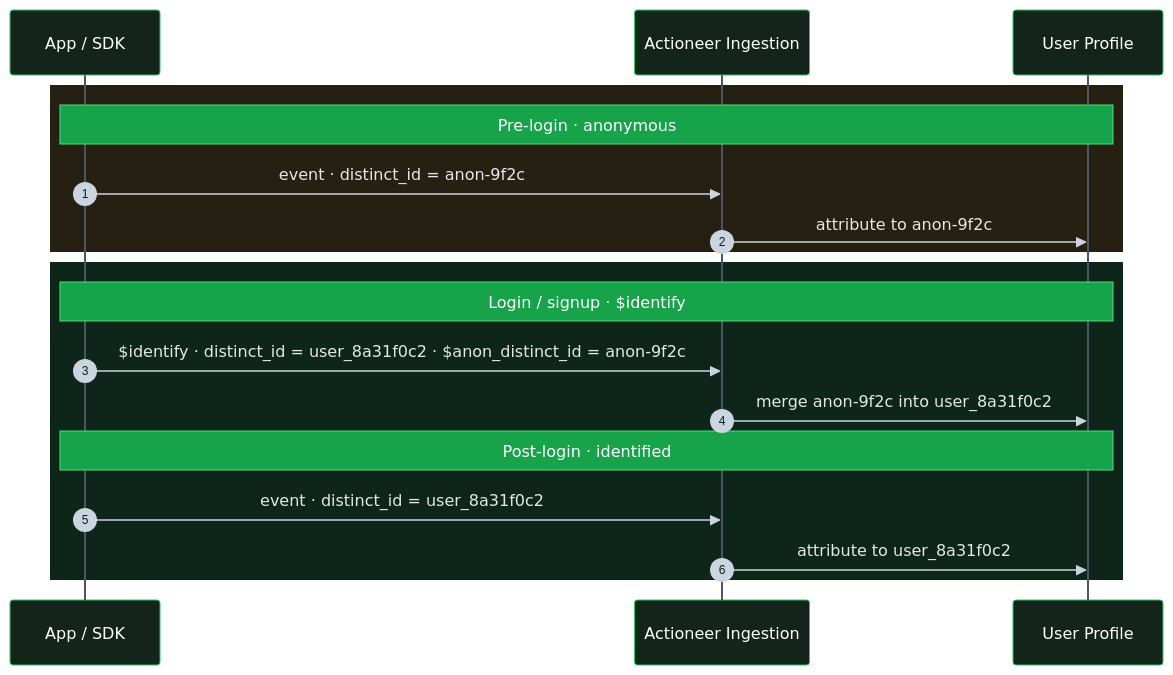
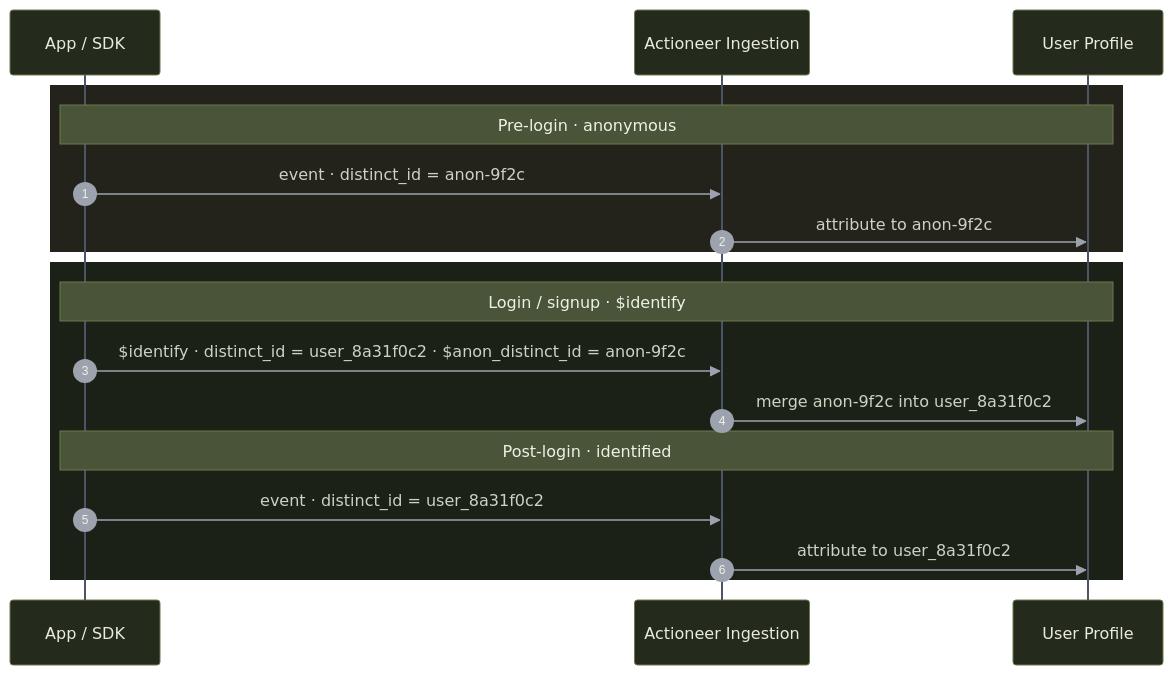
The diagram in ingestion/identity.mdx (Glitchcraft-Inc/mintlify-docs), drawn with Mermaid before and after one commit.

Commit message:
Tone down identity diagram to muted olive palette
Desaturate actors, notes, and lines toward olive green; soften the phase
bands to subtle warm/olive tints instead of amber and bright green.

````diff
--- a/ingestion/identity.mdx
+++ b/ingestion/identity.mdx
@@ -21,23 +21,23 @@
 ```mermaid
-%%{init: {'theme':'base','themeVariables':{'actorBkg':'#14241b','actorBorder':'#22C55E','actorTextColor':'#ffffff','actorLineColor':'#4b5563','signalColor':'#cbd5e1','signalTextColor':'#e5e7eb','noteBkgColor':'#16A34A','noteTextColor':'#ffffff','noteBorderColor':'#4ADE80','sequenceNumberColor':'#06210f','lineColor':'#4ADE80'}}}%%
+%%{init: {'theme':'base','themeVariables':{'actorBkg':'#242a1c','actorBorder':'#6b7a4f','actorTextColor':'#e8ebe0','actorLineColor':'#4b5563','signalColor':'#9ca3af','signalTextColor':'#cdd2c2','noteBkgColor':'#4a5439','noteTextColor':'#eef1e6','noteBorderColor':'#6b7a4f','sequenceNumberColor':'#eef1e6','lineColor':'#6b7a4f'}}}%%
 sequenceDiagram
     autonumber
     participant App as App / SDK
     participant API as Actioneer Ingestion
     participant Profile as User Profile
 
-    rect rgb(38, 32, 18)
+    rect rgb(35, 34, 27)
     Note over App,Profile: Pre-login · anonymous
     App->>API: event · distinct_id = anon-9f2c
     API->>Profile: attribute to anon-9f2c
     end
 
-    rect rgb(13, 38, 25)
+    rect rgb(28, 33, 23)
     Note over App,Profile: Login / signup · $identify
     App->>API: $identify · distinct_id = user_8a31f0c2 · $anon_distinct_id = anon-9f2c
     API->>Profile: merge anon-9f2c into user_8a31f0c2
     Note over App,Profile: Post-login · identified
     App->>API: event · distinct_id = user_8a31f0c2
     API->>Profile: attribute to user_8a31f0c2
     end
 ```
````
